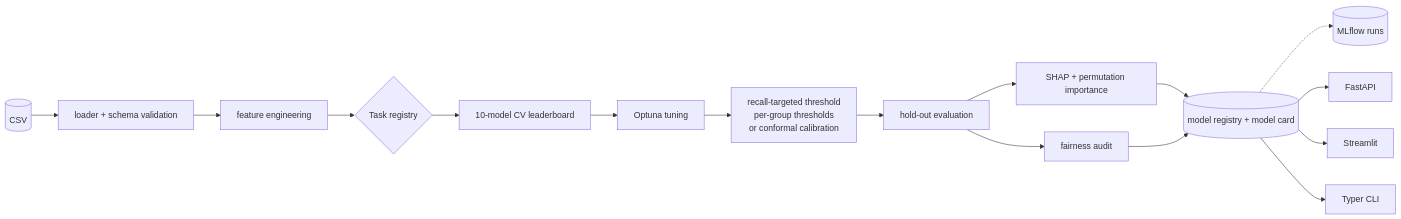
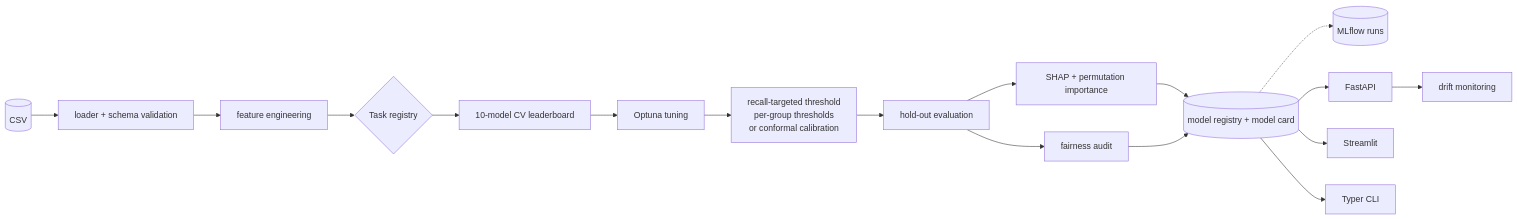
One commit to ZainDev04/edupulse changed the diagram in README.md. Above: the diagram before and after it, drawn with Mermaid. The commit also changed other lines of this file and 1 other file, not shown here.

````diff
--- a/README.md
+++ b/README.md
@@ -101,18 +101,19 @@
 ```mermaid
 flowchart LR
     RAW[(CSV)] --> LOAD[loader + schema validation]
     LOAD --> FE[feature engineering]
     FE --> TASK{Task registry}
     TASK --> LB[10-model CV leaderboard]
     LB --> OPT[Optuna tuning]
     OPT --> THR[recall-targeted threshold<br/>per-group thresholds<br/>or conformal calibration]
     THR --> EVAL[hold-out evaluation]
     EVAL --> XAI[SHAP + permutation importance]
     EVAL --> FAIR[fairness audit]
     XAI --> REG[(model registry + model card)]
     FAIR --> REG
     REG -.-> MLF[(MLflow runs)]
     REG --> API[FastAPI]
     REG --> UI[Streamlit]
     REG --> CLI[Typer CLI]
+    API --> MON[drift monitoring]
 ```
````
